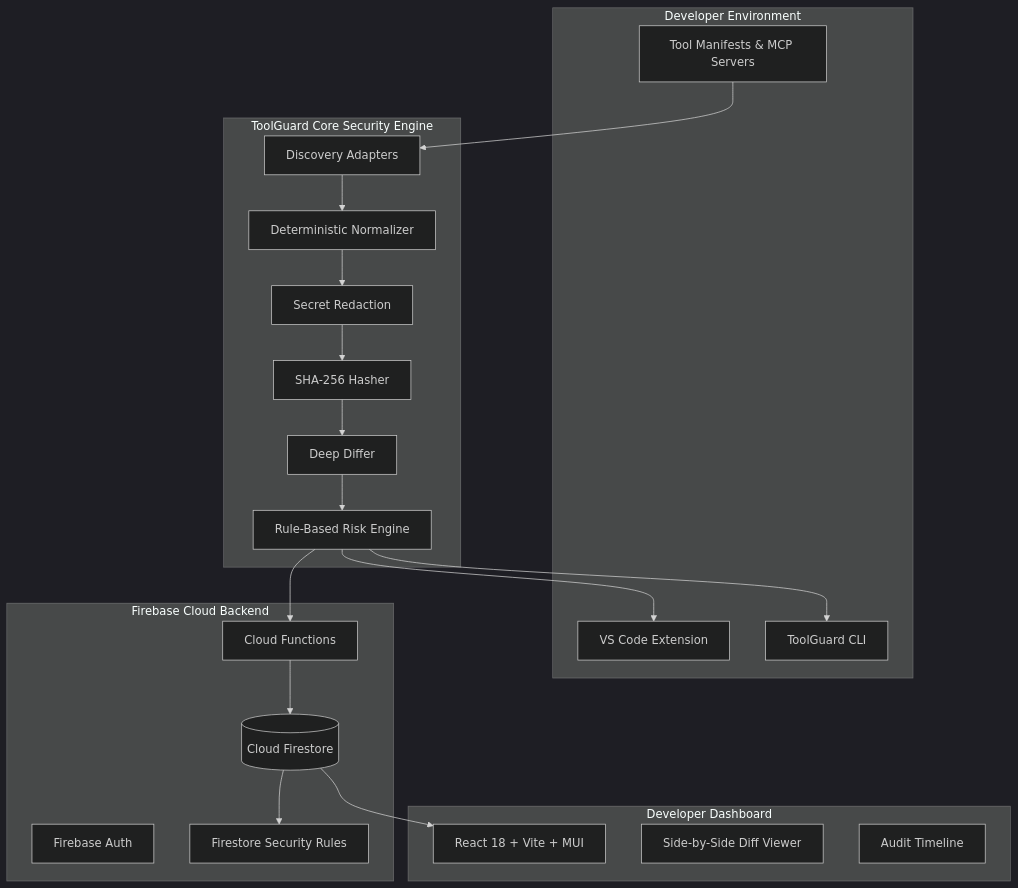
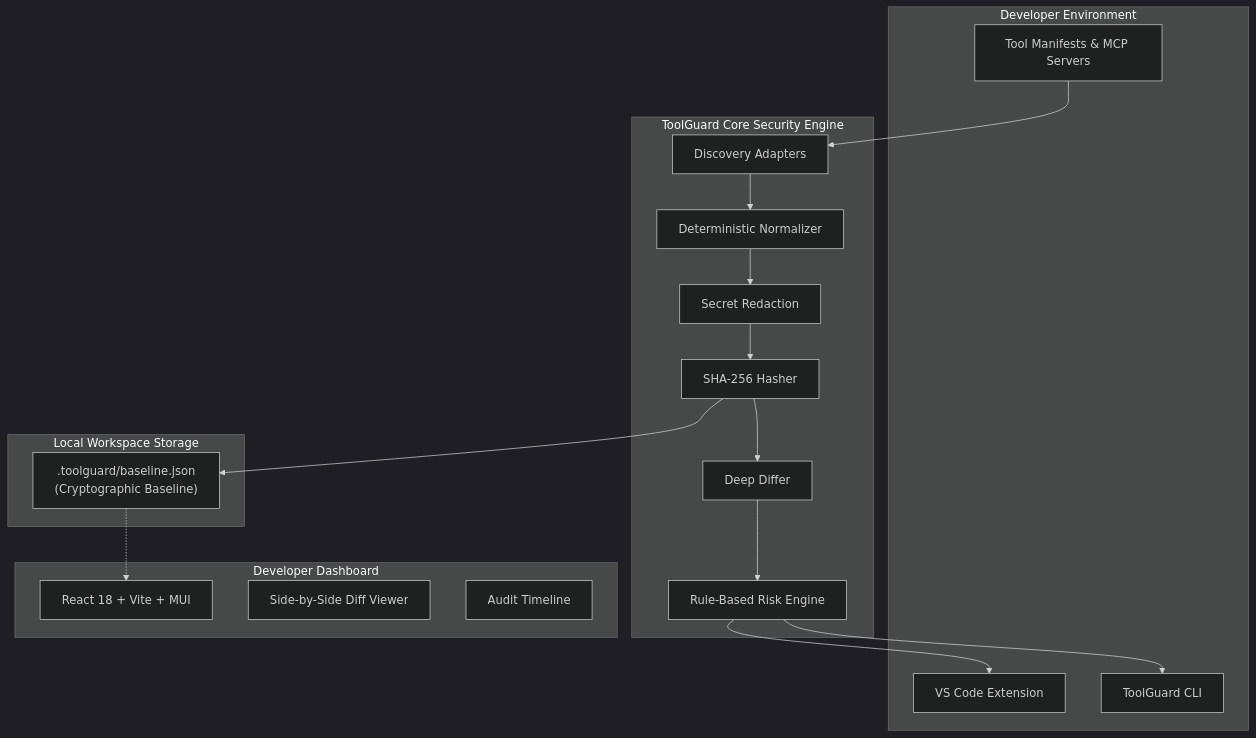
The diagram in docs/architecture.md (Kaustubh-Barad-007/ToolGuard), drawn with Mermaid (dark theme) before and after one commit. The commit also changed other lines of this file and 14 other files, not shown here.

````diff
--- a/docs/architecture.md
+++ b/docs/architecture.md
@@ -5,43 +5,38 @@
 ```mermaid
 flowchart TD
     subgraph IDE [Developer Environment]
         VSCode[VS Code Extension]
         CLI[ToolGuard CLI]
         Tools[Tool Manifests & MCP Servers]
     end
 
     subgraph Core [ToolGuard Core Security Engine]
         Disc[Discovery Adapters]
         Norm[Deterministic Normalizer]
         FP[SHA-256 Hasher]
         Diff[Deep Differ]
         Risk[Rule-Based Risk Engine]
         Redact[Secret Redaction]
     end
 
-    subgraph Backend [Firebase Cloud Backend]
-        Auth[Firebase Auth]
-        Firestore[(Cloud Firestore)]
-        Rules[Firestore Security Rules]
-        Func[Cloud Functions]
+    subgraph Storage [Local Workspace Storage]
+        BaselineFile[".toolguard/baseline.json<br/>(Cryptographic Baseline)"]
     end
 
     subgraph Web [Developer Dashboard]
         ReactApp[React 18 + Vite + MUI]
         DiffUI[Side-by-Side Diff Viewer]
         TimelineUI[Audit Timeline]
     end
 
     Tools --> Disc
     Disc --> Norm
     Norm --> Redact
     Redact --> FP
     FP --> Diff
     Diff --> Risk
     Risk --> VSCode
     Risk --> CLI
-    Risk --> Func
-    Func --> Firestore
-    Firestore --> Rules
-    Firestore --> ReactApp
+    FP --> BaselineFile
+    BaselineFile -.-> ReactApp
 ```
````
